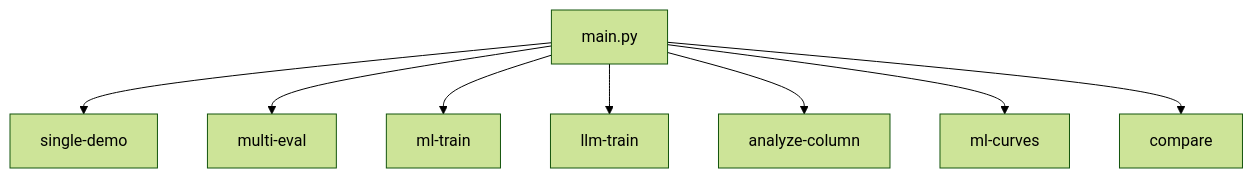
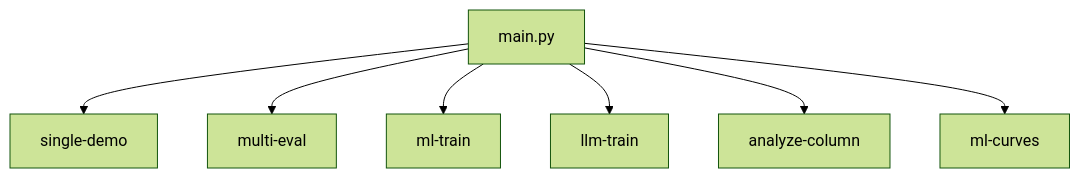
Before and after one commit to xafron-bv/data-quality-monitoring: the diagram in docs/reference/cli.md, drawn with Mermaid (forest theme). The commit also changed 9 other files, not shown here.

````diff
--- a/docs/reference/cli.md
+++ b/docs/reference/cli.md
@@ -15,10 +15,9 @@
 ```mermaid
 graph TD
     A[main.py] --> B[single-demo]
     A --> C[multi-eval]
     A --> D[ml-train]
     A --> E[llm-train]
     A --> F[analyze-column]
     A --> G[ml-curves]
-    A --> H[compare]
 ```
````
